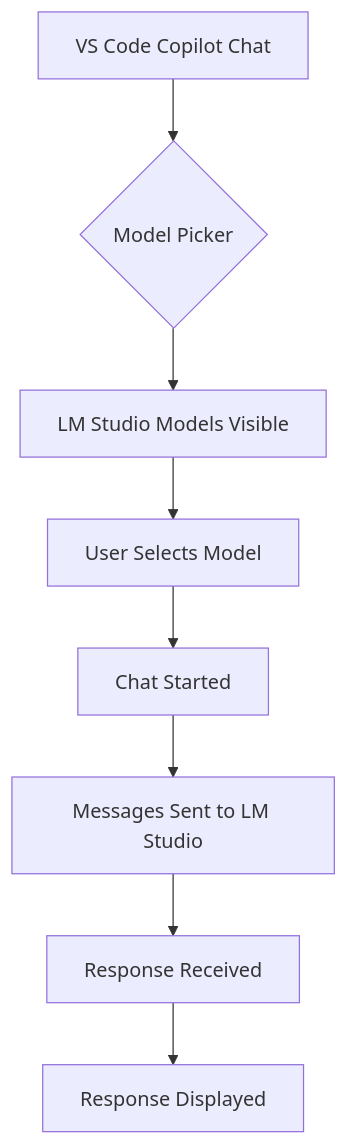
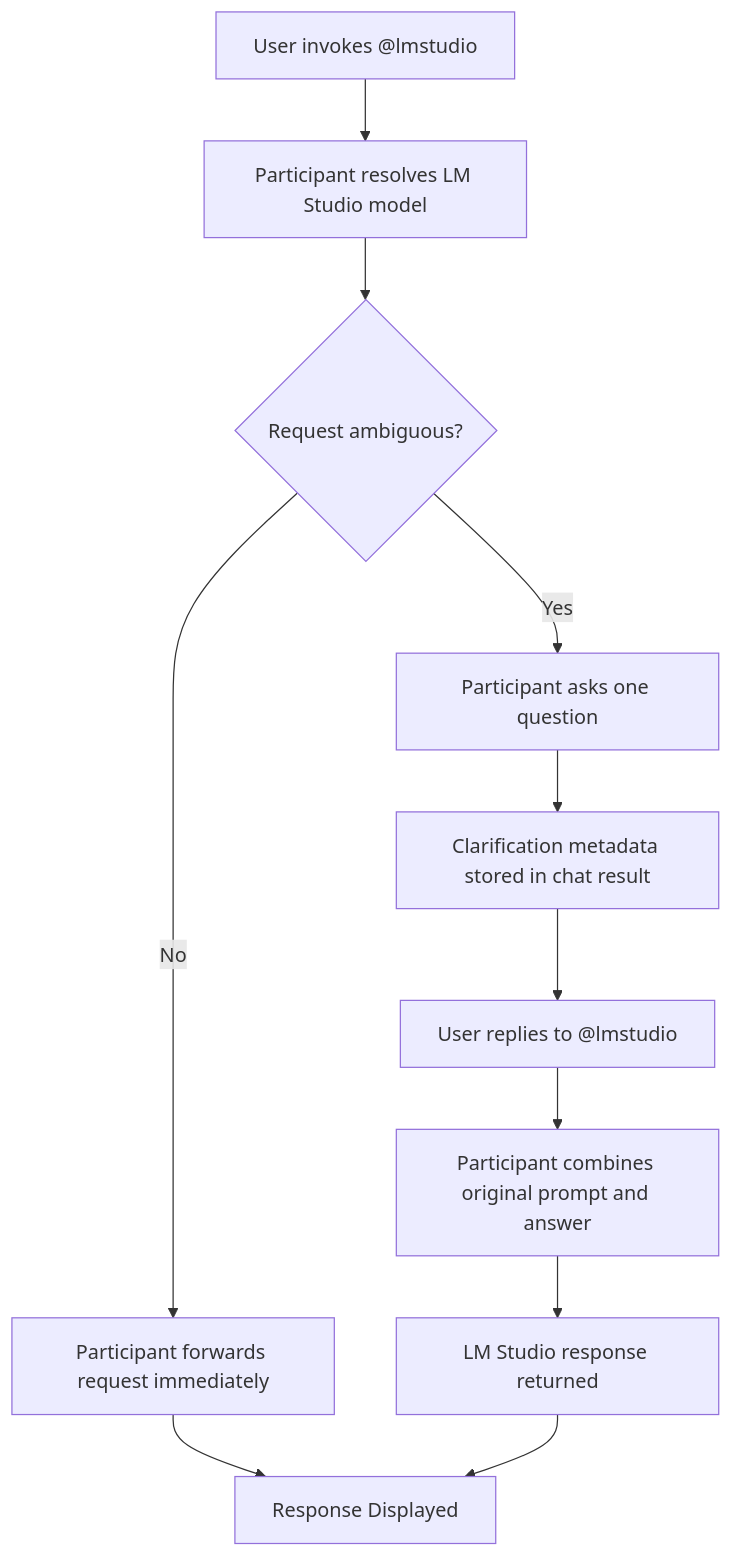
One commit to AuriR/lmstudio-byok changed the fourth of 5 diagrams in docs/Architecture.md. Above: the diagram before and after it, drawn with Mermaid. The commit also changed other lines of this file and 5 other files, not shown here.

````diff
--- a/docs/Architecture.md
+++ b/docs/Architecture.md
@@ -212,10 +255,13 @@
 ```mermaid
 flowchart TD
-    A[VS Code Copilot Chat] --> B{Model Picker}
-    B --> C[LM Studio Models Visible]
-    C --> D[User Selects Model]
-    D --> E[Chat Started]
-    E --> F[Messages Sent to LM Studio]
-    F --> G[Response Received]
-    G --> H[Response Displayed]
+    A[User invokes @lmstudio] --> B[Participant resolves LM Studio model]
+    B --> C{Request ambiguous?}
+    C -- No --> D[Participant forwards request immediately]
+    C -- Yes --> E[Participant asks one question]
+    E --> F[Clarification metadata stored in chat result]
+    F --> G[User replies to @lmstudio]
+    G --> H[Participant combines original prompt and answer]
+    H --> I[LM Studio response returned]
+    D --> J[Response Displayed]
+    I --> J
 ```
````
